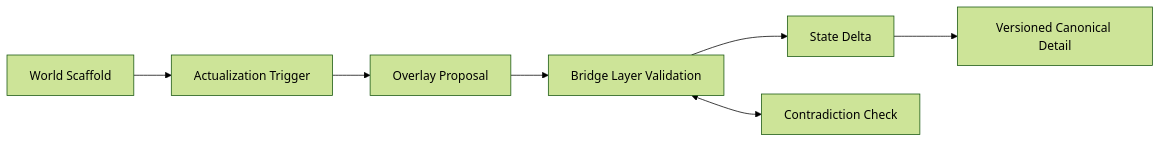
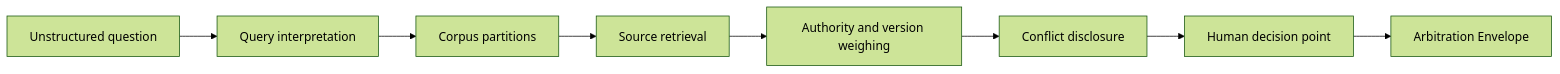
Before and after one commit to robert-kurcina/vault-age: the fifth of 6 diagrams in 00_Executive_and_Ontology/18_AGE_Aggregated_White_Papers.md, drawn with Mermaid (forest theme). The commit also changed other lines of this file and 21 other files, not shown here.

````diff
--- a/00_Executive_and_Ontology/18_AGE_Aggregated_White_Papers.md
+++ b/00_Executive_and_Ontology/18_AGE_Aggregated_White_Papers.md
@@ -423,9 +579,10 @@
 ```mermaid
 flowchart LR
-    A[World Scaffold] --> B[Actualization Trigger]
-    B --> C[Overlay Proposal]
-    C --> D[Bridge Layer Validation]
-    D --> E[State Delta]
-    E --> F[Versioned Canonical Detail]
-    D <--> G[Contradiction Check]
+    Query[Unstructured question] --> Interpret[Query interpretation]
+    Interpret --> Partitions[Corpus partitions]
+    Partitions --> Sources[Source retrieval]
+    Sources --> Weigh[Authority and version weighing]
+    Weigh --> Conflicts[Conflict disclosure]
+    Conflicts --> Human[Human decision point]
+    Human --> Envelope[Arbitration Envelope]
 ```
````
